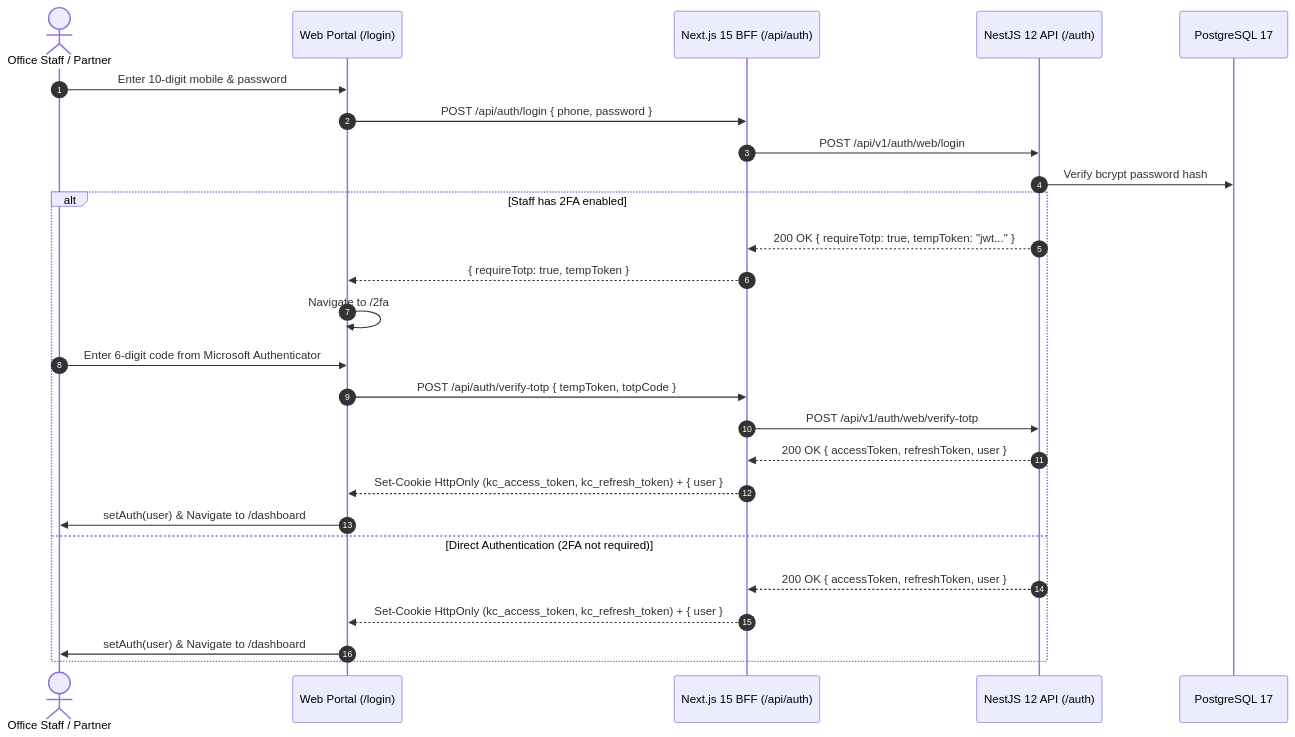
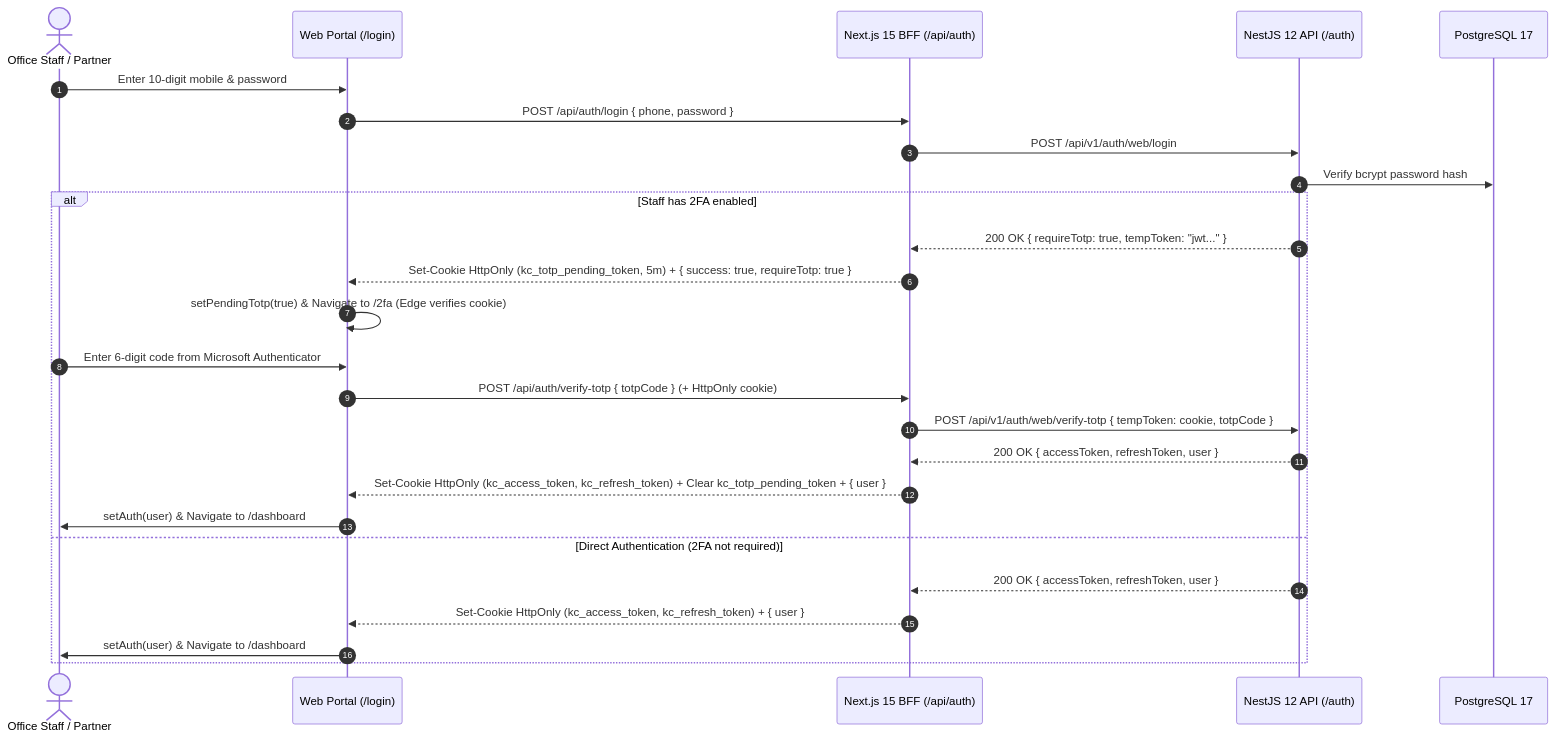
One commit to Kathir-24/Kumaran-finance changed the first of 2 diagrams in docs/web/authentication-and-identity.md. Above: the diagram before and after it, drawn with Mermaid. The commit also changed other lines of this file and 20 other files, not shown here.

````diff
--- a/docs/web/authentication-and-identity.md
+++ b/docs/web/authentication-and-identity.md
@@ -81,29 +83,29 @@
 ```mermaid
 sequenceDiagram
     autonumber
     actor Staff as Office Staff / Partner
     participant Web as Web Portal (/login)
     participant BFF as Next.js 15 BFF (/api/auth)
     participant API as NestJS 12 API (/auth)
     participant DB as PostgreSQL 17
 
     Staff->>Web: Enter 10-digit mobile & password
     Web->>BFF: POST /api/auth/login { phone, password }
     BFF->>API: POST /api/v1/auth/web/login
     API->>DB: Verify bcrypt password hash
     alt Staff has 2FA enabled
         API-->>BFF: 200 OK { requireTotp: true, tempToken: "jwt..." }
-        BFF-->>Web: { requireTotp: true, tempToken }
-        Web->>Web: Navigate to /2fa
+        BFF-->>Web: Set-Cookie HttpOnly (kc_totp_pending_token, 5m) + { success: true, requireTotp: true }
+        Web->>Web: setPendingTotp(true) & Navigate to /2fa (Edge verifies cookie)
         Staff->>Web: Enter 6-digit code from Microsoft Authenticator
-        Web->>BFF: POST /api/auth/verify-totp { tempToken, totpCode }
-        BFF->>API: POST /api/v1/auth/web/verify-totp
+        Web->>BFF: POST /api/auth/verify-totp { totpCode } (+ HttpOnly cookie)
+        BFF->>API: POST /api/v1/auth/web/verify-totp { tempToken: cookie, totpCode }
         API-->>BFF: 200 OK { accessToken, refreshToken, user }
-        BFF-->>Web: Set-Cookie HttpOnly (kc_access_token, kc_refresh_token) + { user }
+        BFF-->>Web: Set-Cookie HttpOnly (kc_access_token, kc_refresh_token) + Clear kc_totp_pending_token + { user }
         Web->>Staff: setAuth(user) & Navigate to /dashboard
     else Direct Authentication (2FA not required)
         API-->>BFF: 200 OK { accessToken, refreshToken, user }
         BFF-->>Web: Set-Cookie HttpOnly (kc_access_token, kc_refresh_token) + { user }
         Web->>Staff: setAuth(user) & Navigate to /dashboard
     end
 ```
````
